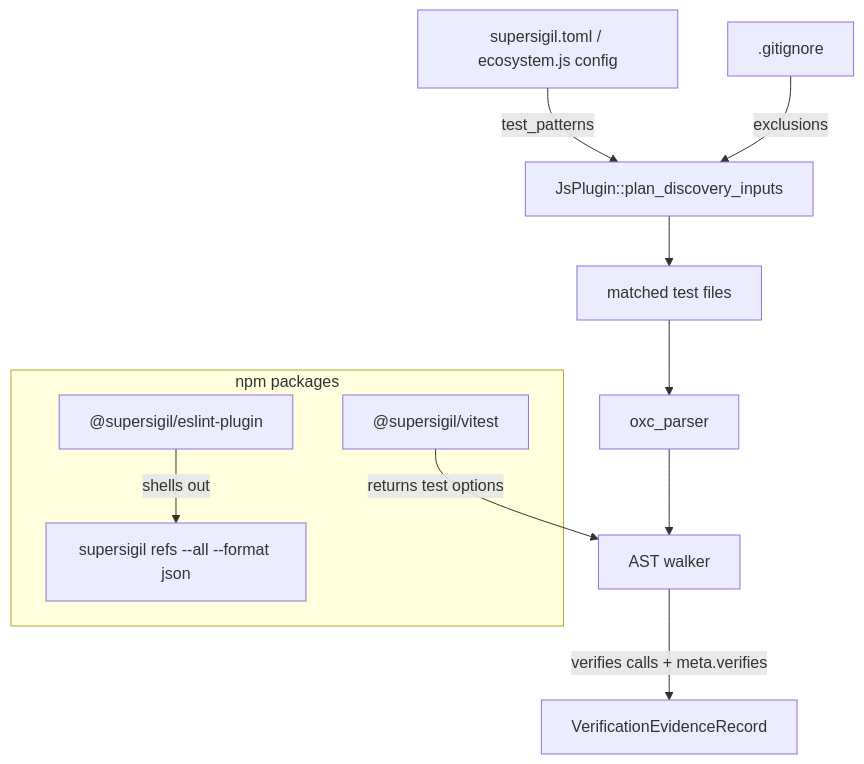
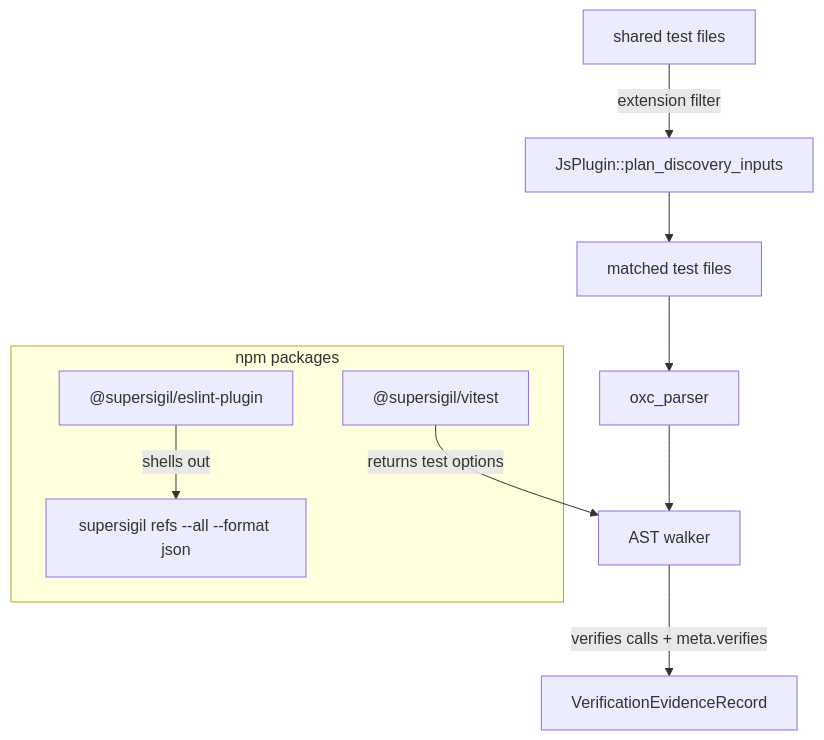
One commit to jonisavo/supersigil changed the diagram in specs/js-plugin/js-plugin.design.md. Above: the diagram before and after it, drawn with Mermaid. The commit also changed other lines of this file and 21 other files, not shown here.

First line of the commit message:
feat(cli)!: remove ecosystem.js.test_patterns in favor of project-level tests

````diff
--- a/specs/js-plugin/js-plugin.design.md
+++ b/specs/js-plugin/js-plugin.design.md
@@ -27,26 +27,24 @@
 ```mermaid
 graph TD
-    CFG["supersigil.toml / ecosystem.js config"]
-    GITIGNORE[".gitignore"]
+    SHARED["shared test files"]
     PLAN["JsPlugin::plan_discovery_inputs"]
     FILES["matched test files"]
     OXC["oxc_parser"]
     AST["AST walker"]
     EVID["VerificationEvidenceRecord"]
 
-    CFG -->|test_patterns| PLAN
-    GITIGNORE -->|exclusions| PLAN
+    SHARED -->|extension filter| PLAN
     PLAN --> FILES
     FILES --> OXC
     OXC --> AST
     AST -->|verifies calls + meta.verifies| EVID
 
     subgraph "npm packages"
       VER["@supersigil/vitest"]
       ESL["@supersigil/eslint-plugin"]
       REFS["supersigil refs --all --format json"]
     end
 
     ESL -->|shells out| REFS
     VER -->|returns test options| AST
 ```
````
